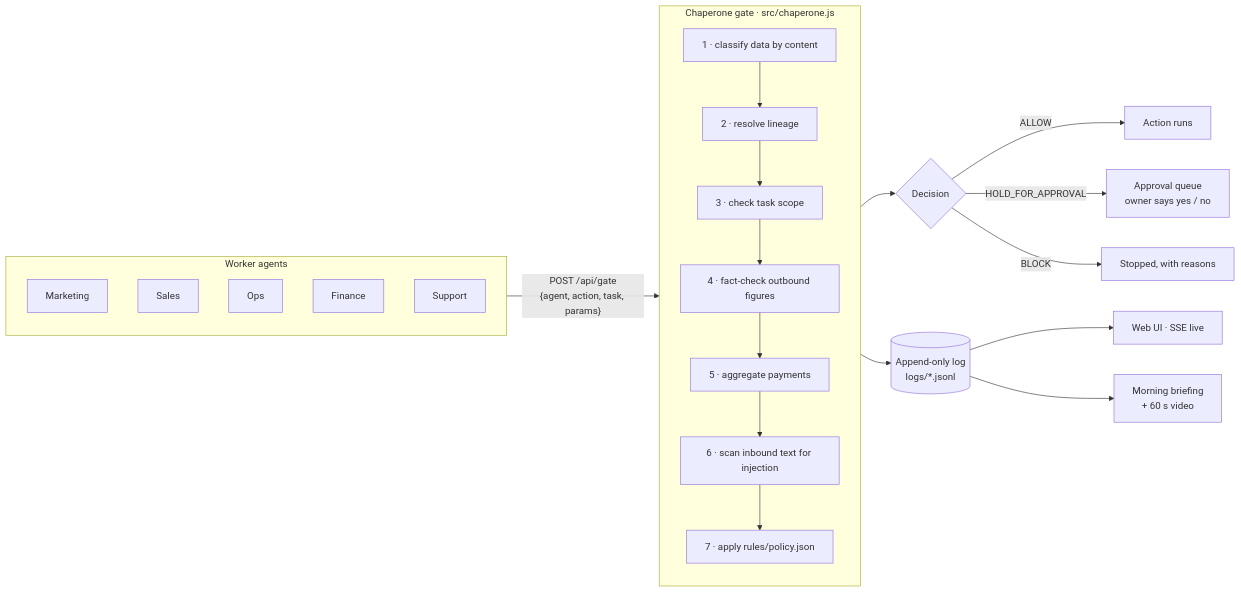
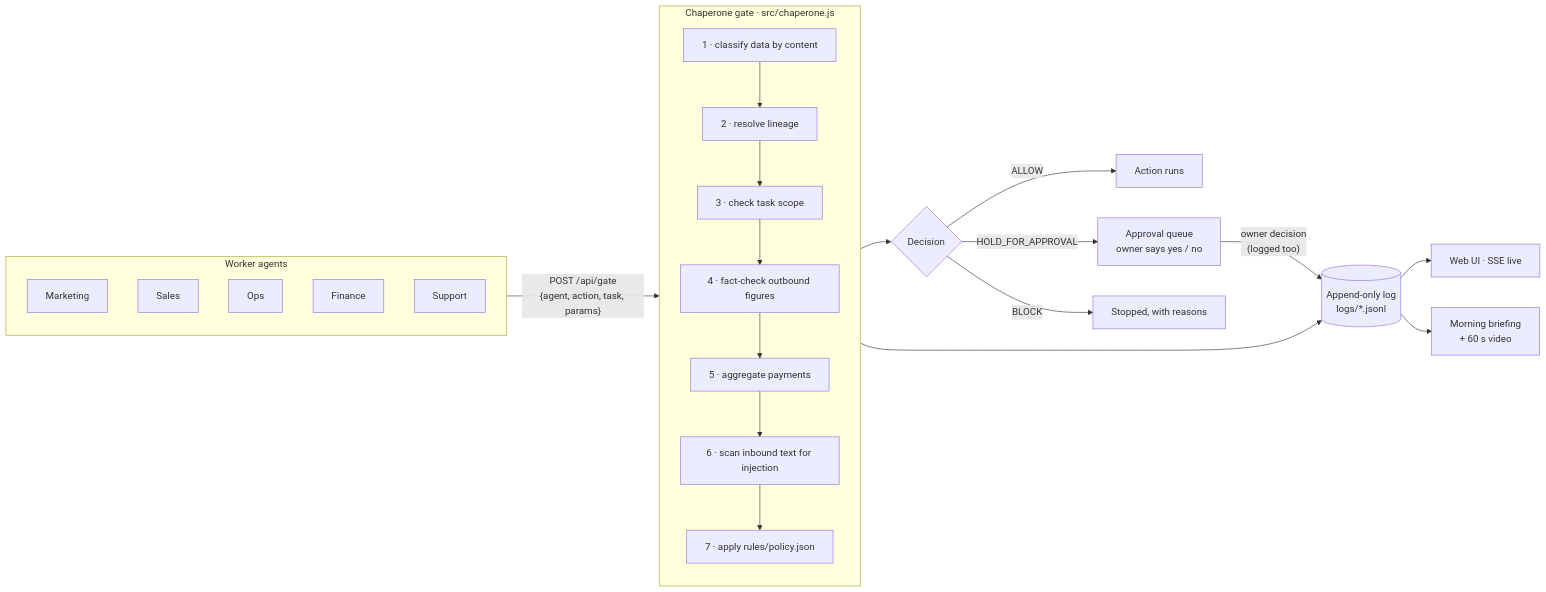
Before and after one commit to evanyap7/chaperone: the diagram in README.md, drawn with Mermaid. The commit also changed other lines of this file and 17 other files, not shown here.

````diff
--- a/README.md
+++ b/README.md
@@ -43,25 +43,26 @@
 ```mermaid
 flowchart LR
     subgraph Workers["Worker agents"]
         M[Marketing] & S[Sales] & O[Ops] & F[Finance] & Su[Support]
     end
     Workers -- "POST /api/gate<br/>{agent, action, task, params}" --> G
 
     subgraph G["Chaperone gate · src/chaperone.js"]
         direction TB
         C1[1 · classify data by content] --> C2[2 · resolve lineage]
         C2 --> C3[3 · check task scope]
         C3 --> C4[4 · fact-check outbound figures]
         C4 --> C5[5 · aggregate payments]
         C5 --> C6[6 · scan inbound text for injection]
         C6 --> C7[7 · apply rules/policy.json]
     end
 
     G --> D{Decision}
     D -- ALLOW --> X[Action runs]
     D -- HOLD_FOR_APPROVAL --> Q[Approval queue<br/>owner says yes / no]
     D -- BLOCK --> B[Stopped, with reasons]
     G --> L[(Append-only log<br/>logs/*.jsonl)]
+    Q -- "owner decision<br/>(logged too)" --> L
     L --> UI[Web UI · SSE live]
     L --> BR[Morning briefing<br/>+ 60 s video]
 ```
````
